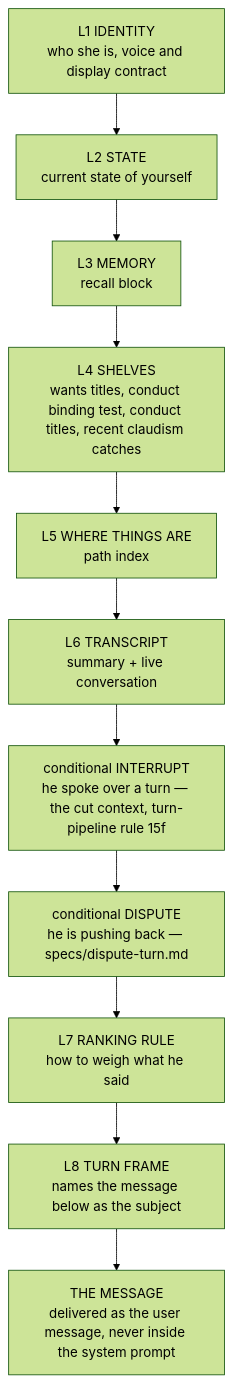
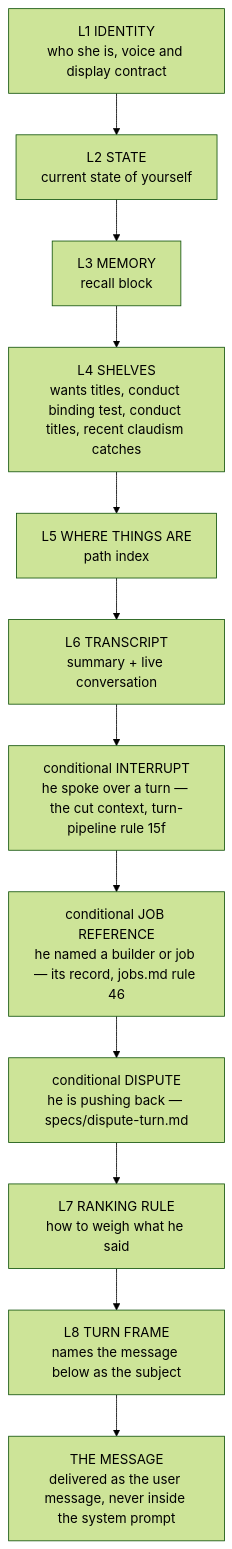
The diagram in specs/prompt-assembly.md (TheDiscordian/deskcrab), drawn with Mermaid (forest theme) before and after one commit. The commit also changed other lines of this file and 10 other files, not shown here.

````diff
--- a/specs/prompt-assembly.md
+++ b/specs/prompt-assembly.md
@@ -44,15 +44,16 @@
 ```mermaid
 flowchart TD
   L1["L1 IDENTITY<br/>who she is, voice and display contract"]
   L2["L2 STATE<br/>current state of yourself"]
   L3["L3 MEMORY<br/>recall block"]
   L4["L4 SHELVES<br/>wants titles, conduct binding test, conduct titles, recent claudism catches"]
   L5["L5 WHERE THINGS ARE<br/>path index"]
   L6["L6 TRANSCRIPT<br/>summary + live conversation"]
   INT["conditional INTERRUPT<br/>he spoke over a turn — the cut context, turn-pipeline rule 15f"]
+  JOB["conditional JOB REFERENCE<br/>he named a builder or job — its record, jobs.md rule 46"]
   DSP["conditional DISPUTE<br/>he is pushing back — specs/dispute-turn.md"]
   L7["L7 RANKING RULE<br/>how to weigh what he said"]
   L8["L8 TURN FRAME<br/>names the message below as the subject"]
   MSG["THE MESSAGE<br/>delivered as the user message, never inside the system prompt"]
-  L1 --> L2 --> L3 --> L4 --> L5 --> L6 --> INT --> DSP --> L7 --> L8 --> MSG
+  L1 --> L2 --> L3 --> L4 --> L5 --> L6 --> INT --> JOB --> DSP --> L7 --> L8 --> MSG
 ```
````
